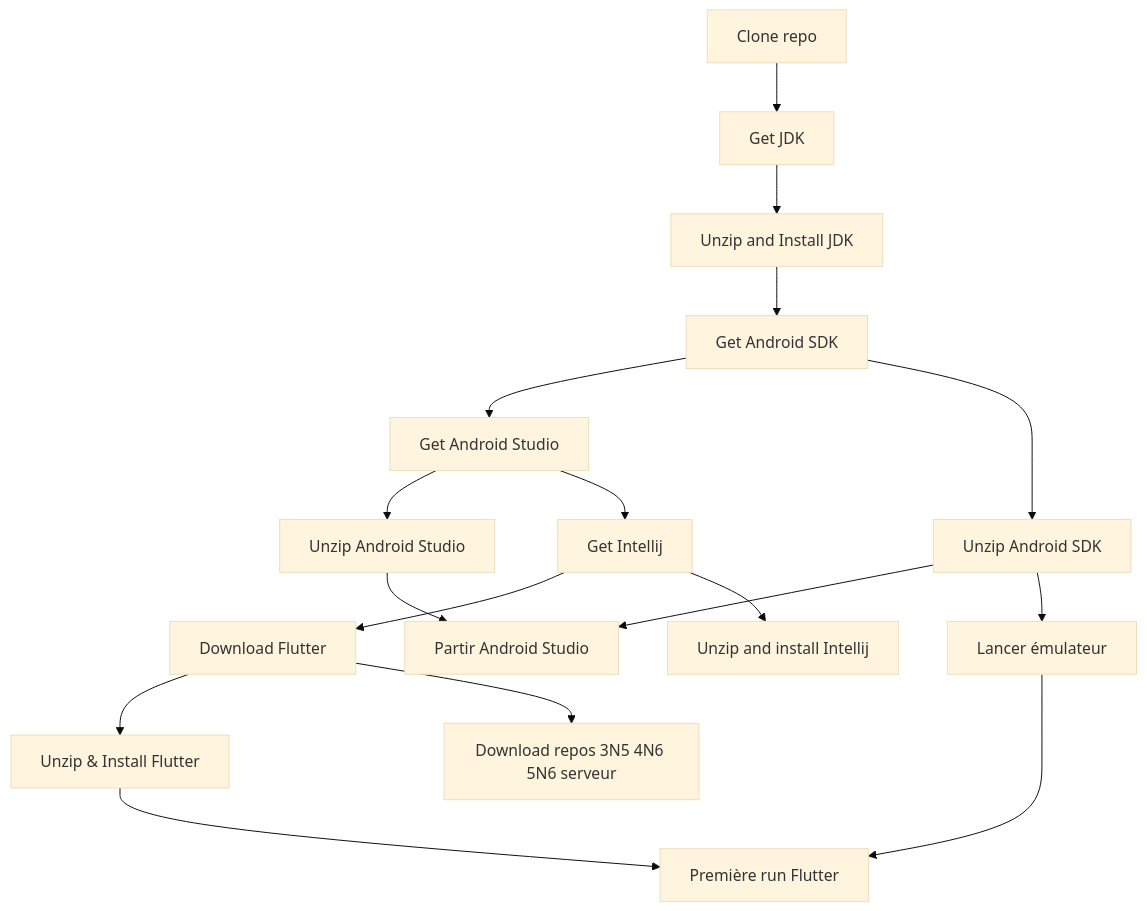
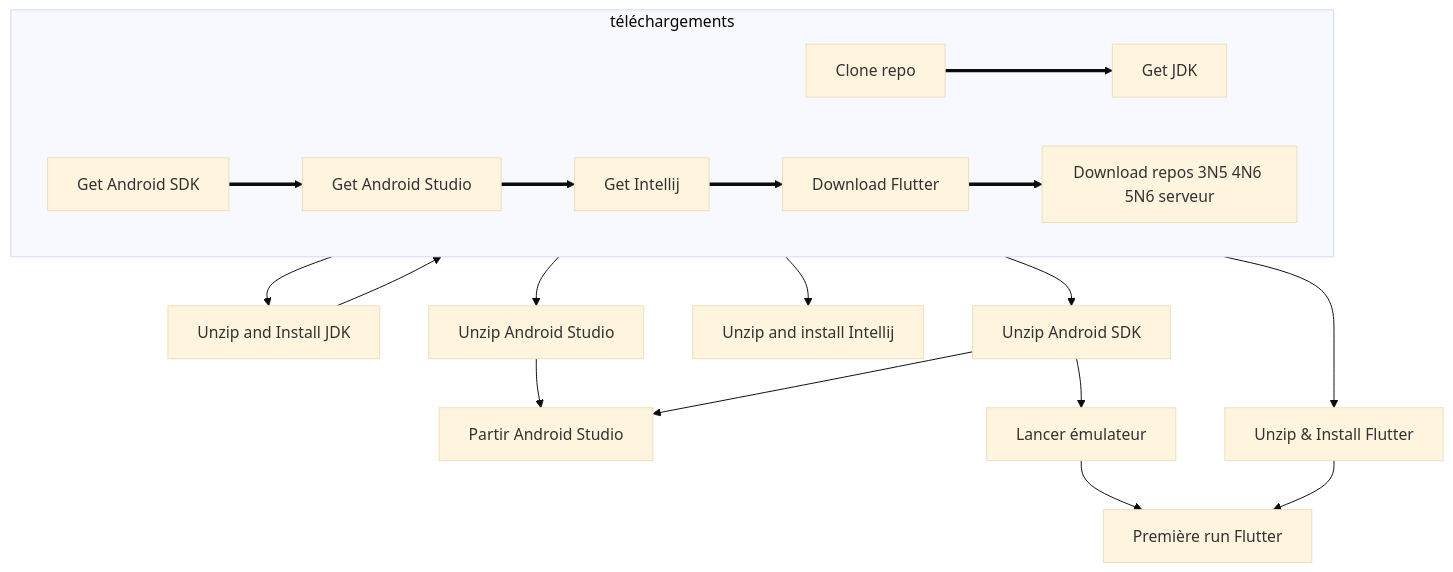
Before and after one commit to departement-info-cem/scripts-mobile: the diagram in README.md, drawn with Mermaid (base theme).

Commit message:
Ajout au mermaid

````diff
--- a/README.md
+++ b/README.md
@@ -17,37 +17,41 @@
 ```mermaid
 flowchart TD
     clone["Clone repo"]
     dJDK["Get JDK"]
     unzipJDK["Unzip and Install JDK"]
     dSDK["Get SDK"]
     unzipSDK["Unzip and install SDK"]
     dIDEA["Get Intellij"]
     unzipIDEA["Unzip and install Intellij"]
     dAS["Get Android Studio"]
     unzipAS["Unzip Android Studio"]
     startandroidstudio["Partir Android Studio"]
     dSDK["Get Android SDK"]
     unzipSDK["Unzip Android SDK"]
     dFLUTTER["Download Flutter"]
     unzipFLUTTER["Unzip & Install Flutter"]
     repos["Download repos 3N5 4N6 5N6 serveur"]
     projetflutter["Première run Flutter"]
     emulator["Lancer émulateur"]
-    clone --> dJDK
+    subgraph téléchargements
+        direction LR
+        clone ==> dJDK
+        dSDK ==> dAS
+        dAS ==> dIDEA
+        dFLUTTER ==> repos
+        dIDEA ==> dFLUTTER
+    end
     dJDK --> unzipJDK
     unzipJDK --> dSDK
-    dSDK --> dAS
     dSDK --> unzipSDK
-
     dAS --> unzipAS
-    dAS --> dIDEA
-    dIDEA --> dFLUTTER
+    
     dIDEA --> unzipIDEA
     dFLUTTER --> unzipFLUTTER
-    dFLUTTER --> repos
+    
     unzipAS --> startandroidstudio
     unzipSDK --> startandroidstudio
     unzipSDK --> emulator
     emulator --> projetflutter
     unzipFLUTTER --> projetflutter
 ```
````
